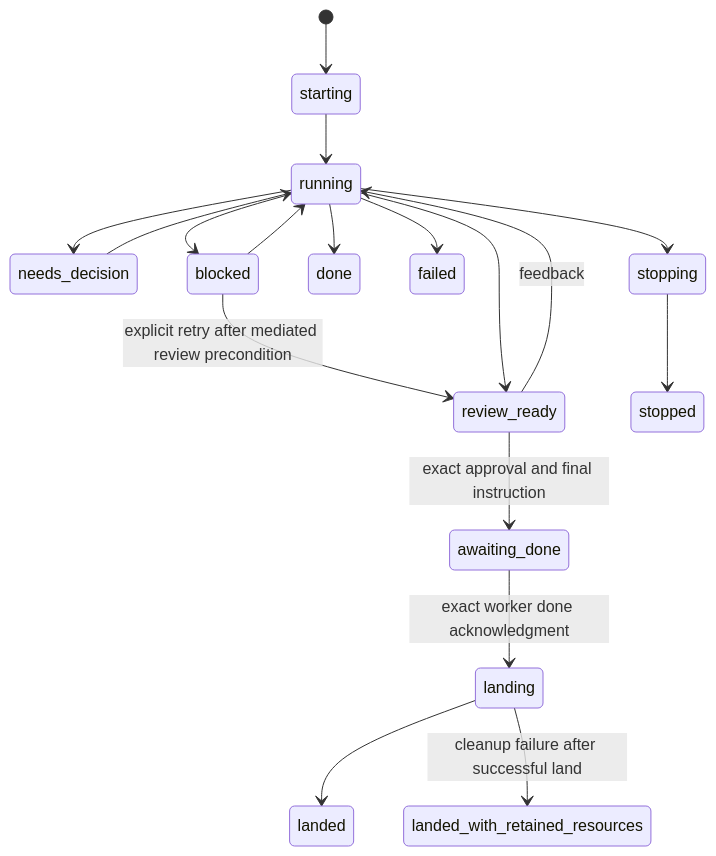
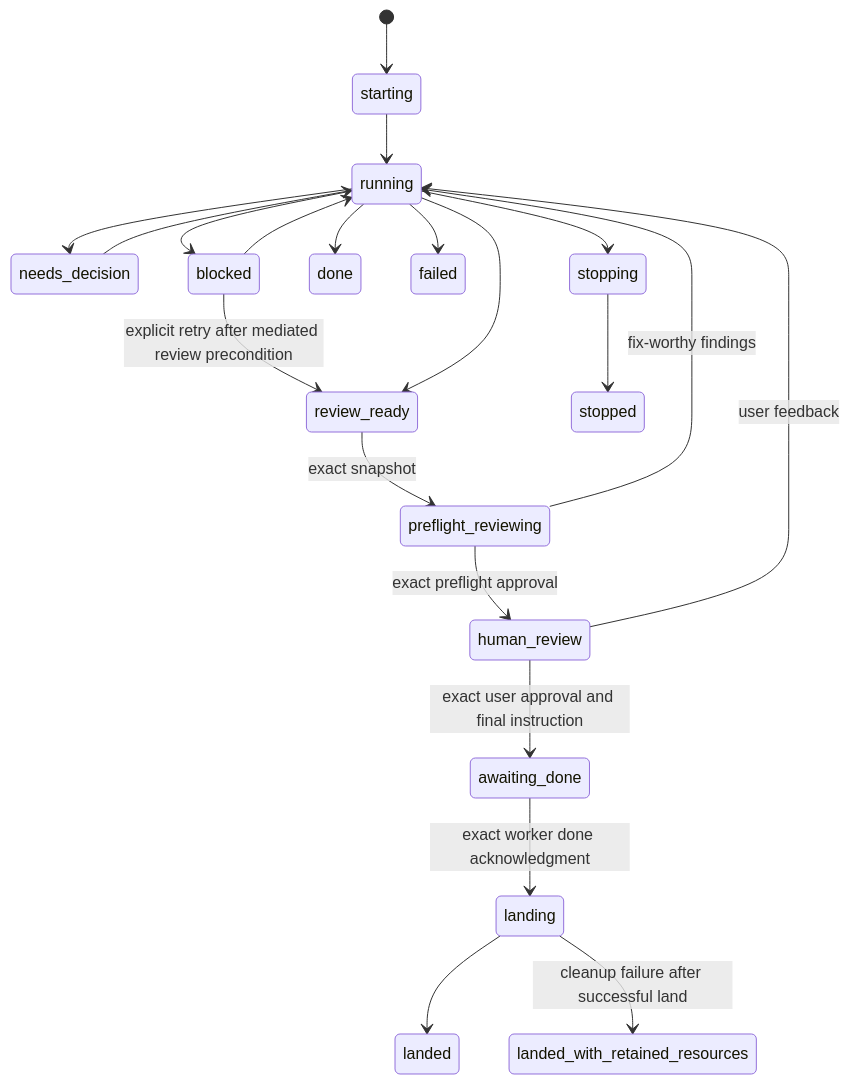
Before and after one commit to alexjercan/scufris2: the third of 5 diagrams in tasks/20260818-222337/ARCHITECTURE.md, drawn with Mermaid. The commit also changed other lines of this file and 1 other file, not shown here.

Commit message:
Define independent preflight review

````diff
--- a/tasks/20260818-222337/ARCHITECTURE.md
+++ b/tasks/20260818-222337/ARCHITECTURE.md
@@ -264,20 +264,23 @@
 ```mermaid
 stateDiagram-v2
   [*] --> starting
   starting --> running
   running --> needs_decision
   needs_decision --> running
   running --> blocked
   blocked --> running
   blocked --> review_ready: explicit retry after mediated review precondition
   running --> review_ready
-  review_ready --> running: feedback
-  review_ready --> awaiting_done: exact approval and final instruction
+  review_ready --> preflight_reviewing: exact snapshot
+  preflight_reviewing --> running: fix-worthy findings
+  preflight_reviewing --> human_review: exact preflight approval
+  human_review --> running: user feedback
+  human_review --> awaiting_done: exact user approval and final instruction
   awaiting_done --> landing: exact worker done acknowledgment
   landing --> landed
   landing --> landed_with_retained_resources: cleanup failure after successful land
   running --> done
   running --> failed
   running --> stopping
   stopping --> stopped
 ```
````
